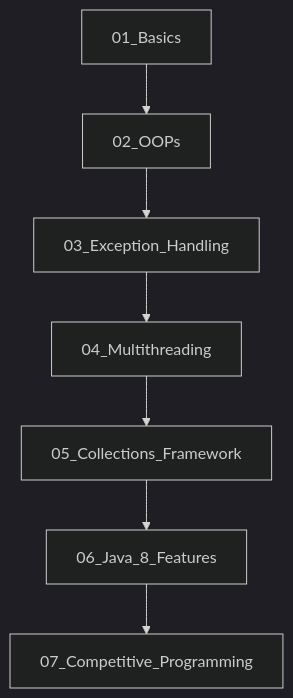
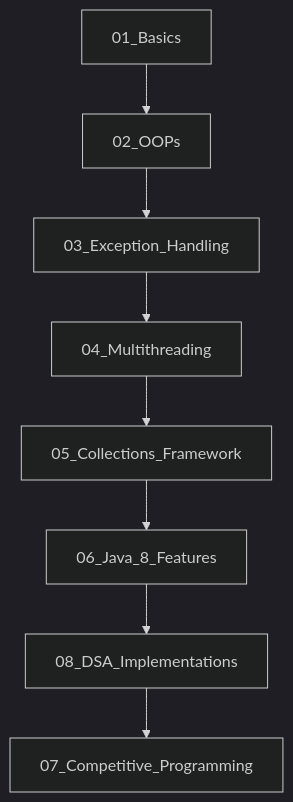
Before and after one commit to kausikhussain/ZeroToElite: the diagram in README.md, drawn with Mermaid (dark theme). The commit also changed other lines of this file, not shown here.

Commit message:
docs: update README roadmap to include custom DSA module

````diff
--- a/README.md
+++ b/README.md
@@ -11,9 +11,10 @@
 ```mermaid
 graph TD
     A[01_Basics] --> B[02_OOPs]
     B --> C[03_Exception_Handling]
     C --> D[04_Multithreading]
     D --> E[05_Collections_Framework]
     E --> F[06_Java_8_Features]
-    F --> G[07_Competitive_Programming]
+    F --> H[08_DSA_Implementations]
+    H --> G[07_Competitive_Programming]
 ```
````
